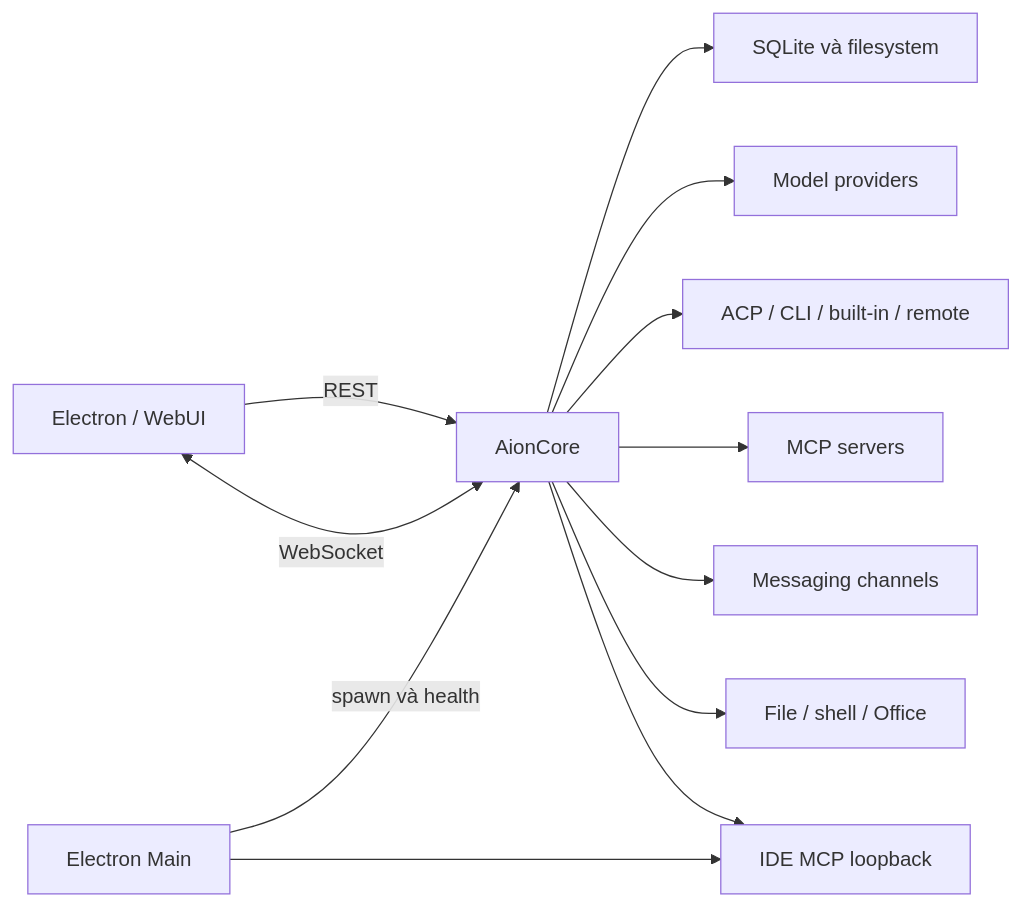
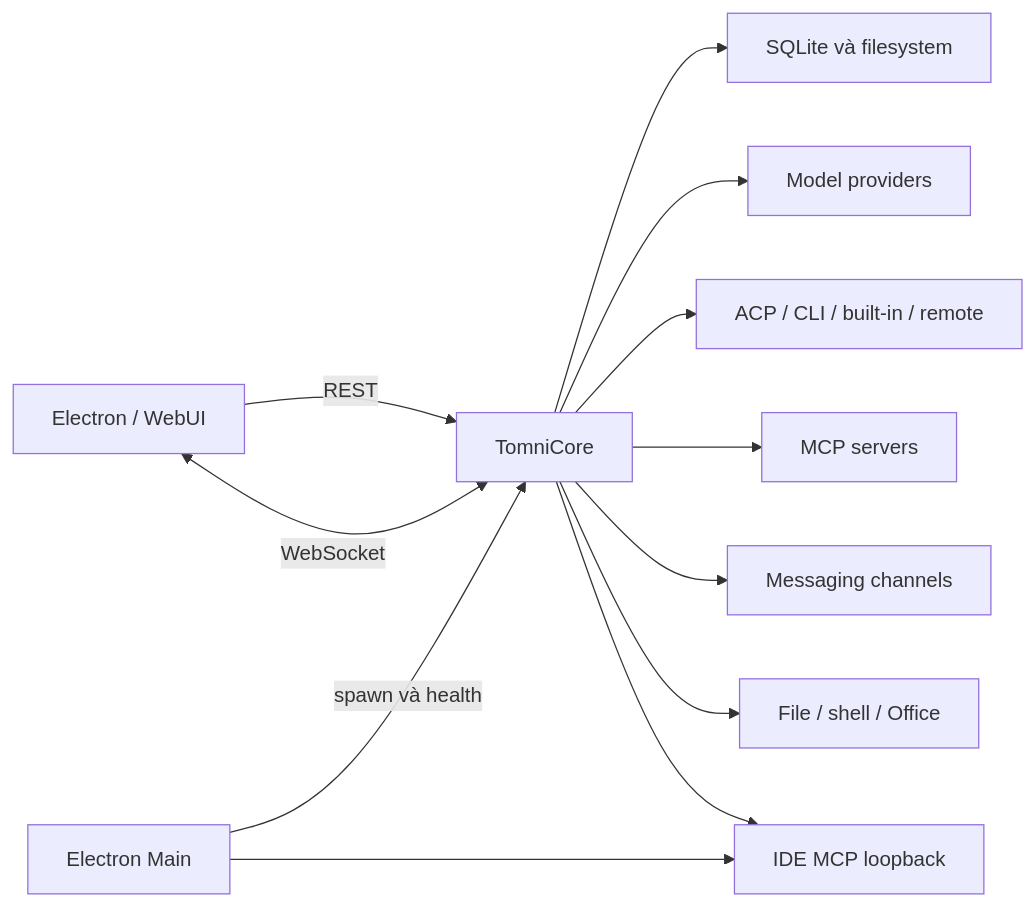
The first of 2 diagrams in core.md (VNDT1625/TomniHubOs), drawn with Mermaid before and after one commit. The commit also changed other lines of this file and 2599 other files, not shown here.

````diff
--- a/core.md
+++ b/core.md
@@ -47,14 +47,14 @@
 ```mermaid
 flowchart LR
-    UI["Electron / WebUI"] -->|"REST"| Core["AionCore"]
+    UI["Electron / WebUI"] -->|"REST"| Core["TomniCore"]
     UI <-->|"WebSocket"| Core
     Main["Electron Main"] -->|"spawn và health"| Core
     Core --> DB["SQLite và filesystem"]
     Core --> Models["Model providers"]
     Core --> Agents["ACP / CLI / built-in / remote"]
     Core --> MCP["MCP servers"]
     Core --> Channels["Messaging channels"]
     Core --> OS["File / shell / Office"]
     Main --> IDE["IDE MCP loopback"]
     Core --> IDE
 ```
````
